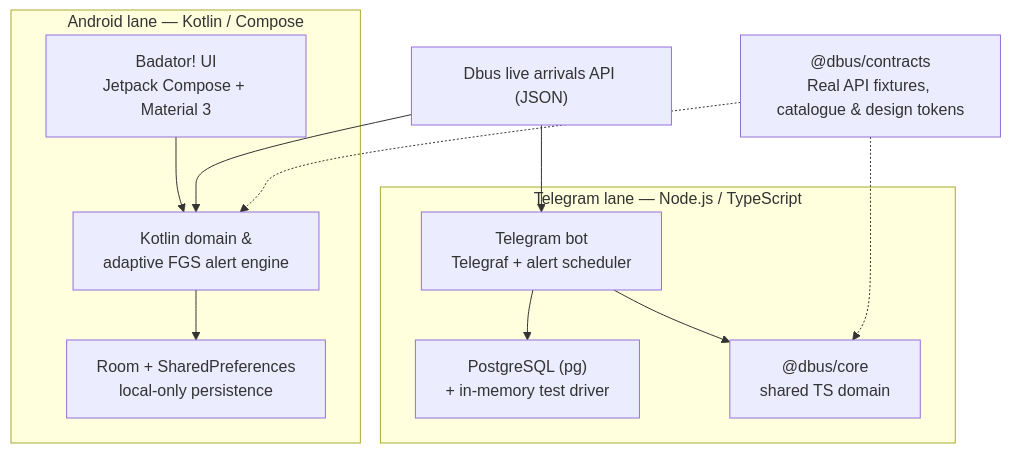
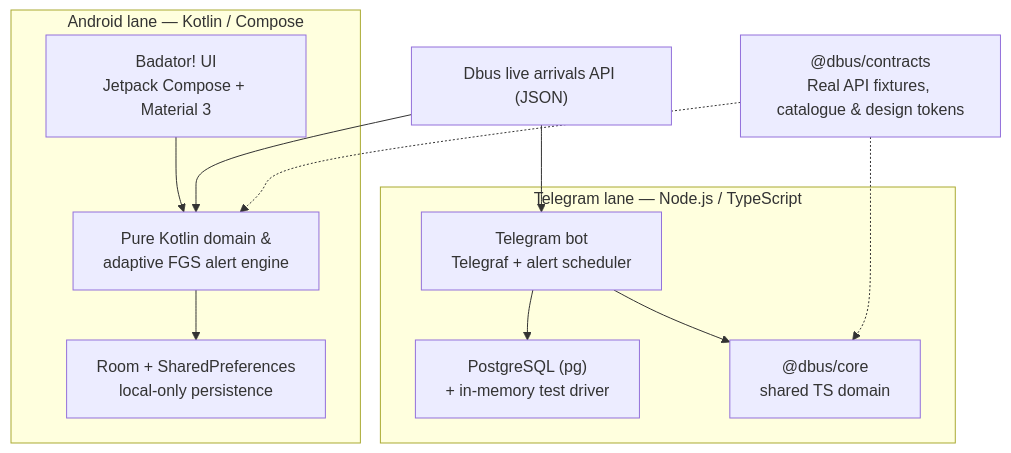
The third of 3 diagrams in README.md (IkerGoni/bus-dbus), drawn with Mermaid before and after one commit. The commit also changed other lines of this file and 3 other files, not shown here.

````diff
--- a/README.md
+++ b/README.md
@@ -134,26 +149,26 @@
 ```mermaid
 flowchart TB
     EXT["Dbus live arrivals API (JSON)"]
 
     subgraph TS["Telegram lane — Node.js / TypeScript"]
         BOT["Telegram bot<br/>Telegraf + alert scheduler"]
         CORE["@dbus/core<br/>shared TS domain"]
         PG["PostgreSQL (pg)<br/>+ in-memory test driver"]
         BOT --> CORE
         BOT --> PG
     end
 
     subgraph KT["Android lane — Kotlin / Compose"]
         APP["Badator! UI<br/>Jetpack Compose + Material 3"]
-        DOMAIN["Kotlin domain &<br/>adaptive FGS alert engine"]
+        DOMAIN["Pure Kotlin domain &<br/>adaptive FGS alert engine"]
         ROOM["Room + SharedPreferences<br/>local-only persistence"]
         APP --> DOMAIN
         DOMAIN --> ROOM
     end
 
     FIX["@dbus/contracts<br/>Real API fixtures, catalogue & design tokens"]
     EXT --> BOT
     EXT --> DOMAIN
     FIX -.-> CORE
     FIX -.-> DOMAIN
 ```
````
